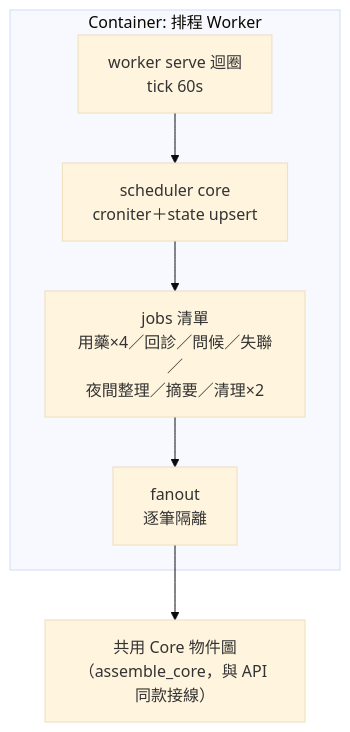
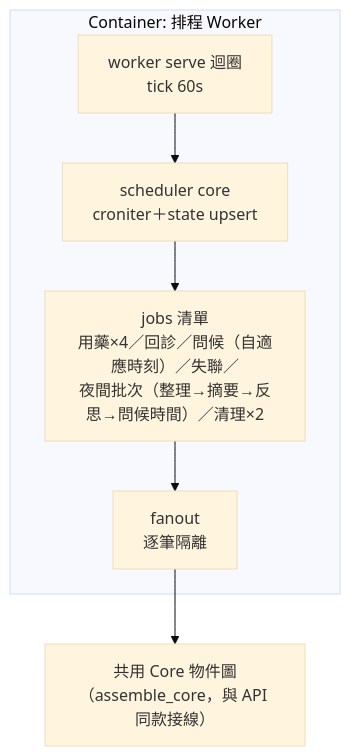
Before and after one commit to leo53021313/kinsun: the fifth of 11 diagrams in docs/dev/05_架構與設計.md, drawn with Mermaid (base theme). The commit also changed other lines of this file and 15 other files, not shown here.

````diff
--- a/docs/dev/05_架構與設計.md
+++ b/docs/dev/05_架構與設計.md
@@ -244,15 +249,15 @@
 ```mermaid
 flowchart TD
     subgraph container["Container: 排程 Worker"]
         loop["worker serve 迴圈<br/>tick 60s"]
         sched["scheduler core<br/>croniter＋state upsert"]
-        jobs["jobs 清單<br/>用藥×4／回診／問候／失聯／<br/>夜間整理／摘要／清理×2"]
+        jobs["jobs 清單<br/>用藥×4／回診／問候（自適應時刻）／失聯／<br/>夜間批次（整理→摘要→反思→問候時間）／清理×2"]
         fanout["fanout<br/>逐筆隔離"]
     end
     core["共用 Core 物件圖<br/>（assemble_core，與 API 同款接線）"]
 
     loop --> sched
     sched --> jobs
     jobs --> fanout
     fanout --> core
 ```
````
